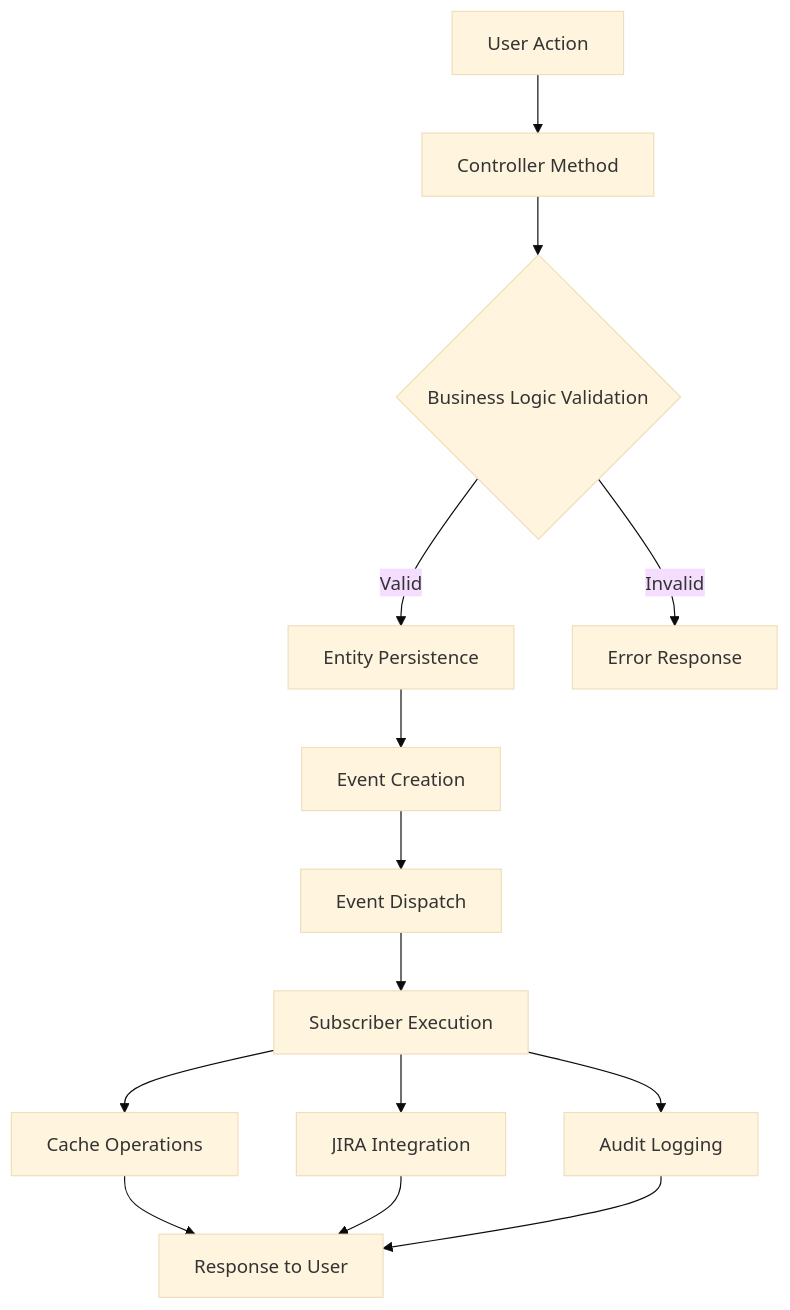
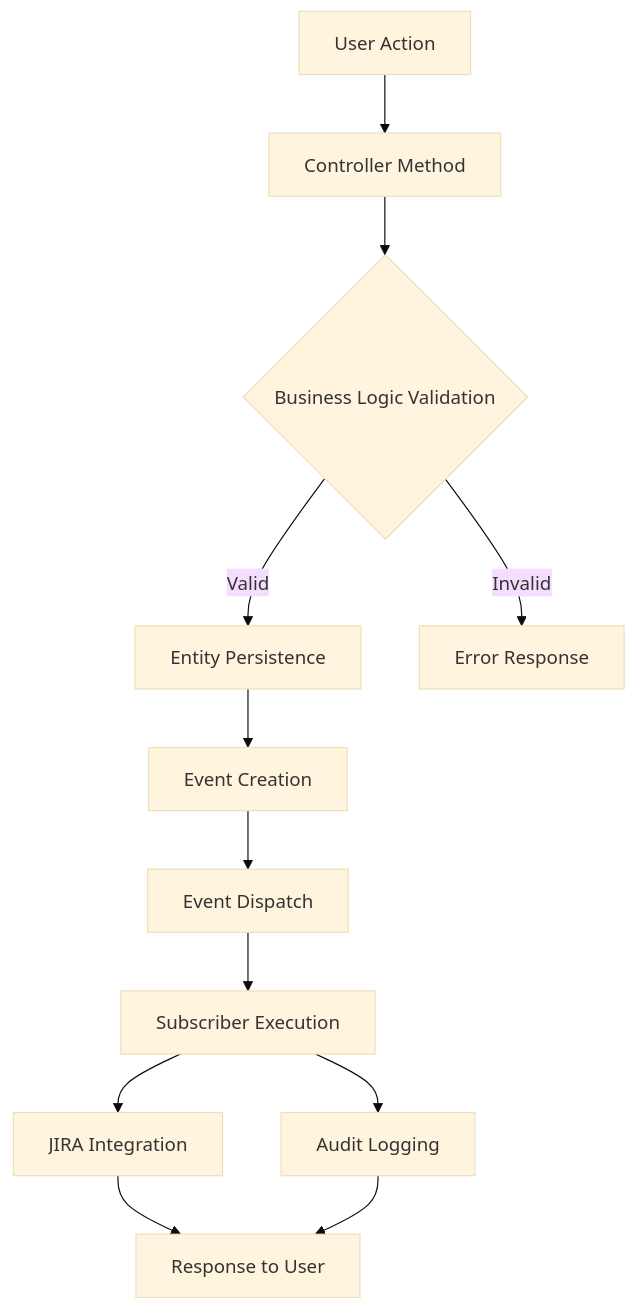
Before and after one commit to netresearch/timetracker: the diagram in docs/EVENT_SYSTEM_DOCUMENTATION.md, drawn with Mermaid (base theme). The commit also changed other lines of this file, not shown here.

First line of the commit message:
docs(events): drop the remaining cache claims from the event documentation

````diff
--- a/docs/EVENT_SYSTEM_DOCUMENTATION.md
+++ b/docs/EVENT_SYSTEM_DOCUMENTATION.md
@@ -319,16 +318,14 @@
 ```mermaid
 graph TD
     A[User Action] --> B[Controller Method]
     B --> C{Business Logic Validation}
     C -->|Valid| D[Entity Persistence]
     C -->|Invalid| E[Error Response]
     D --> F[Event Creation]
     F --> G[Event Dispatch]
     G --> H[Subscriber Execution]
-    H --> I[Cache Operations]
     H --> J[JIRA Integration]
     H --> K[Audit Logging]
-    I --> L[Response to User]
-    J --> L
+    J --> L[Response to User]
     K --> L
 ```
````
